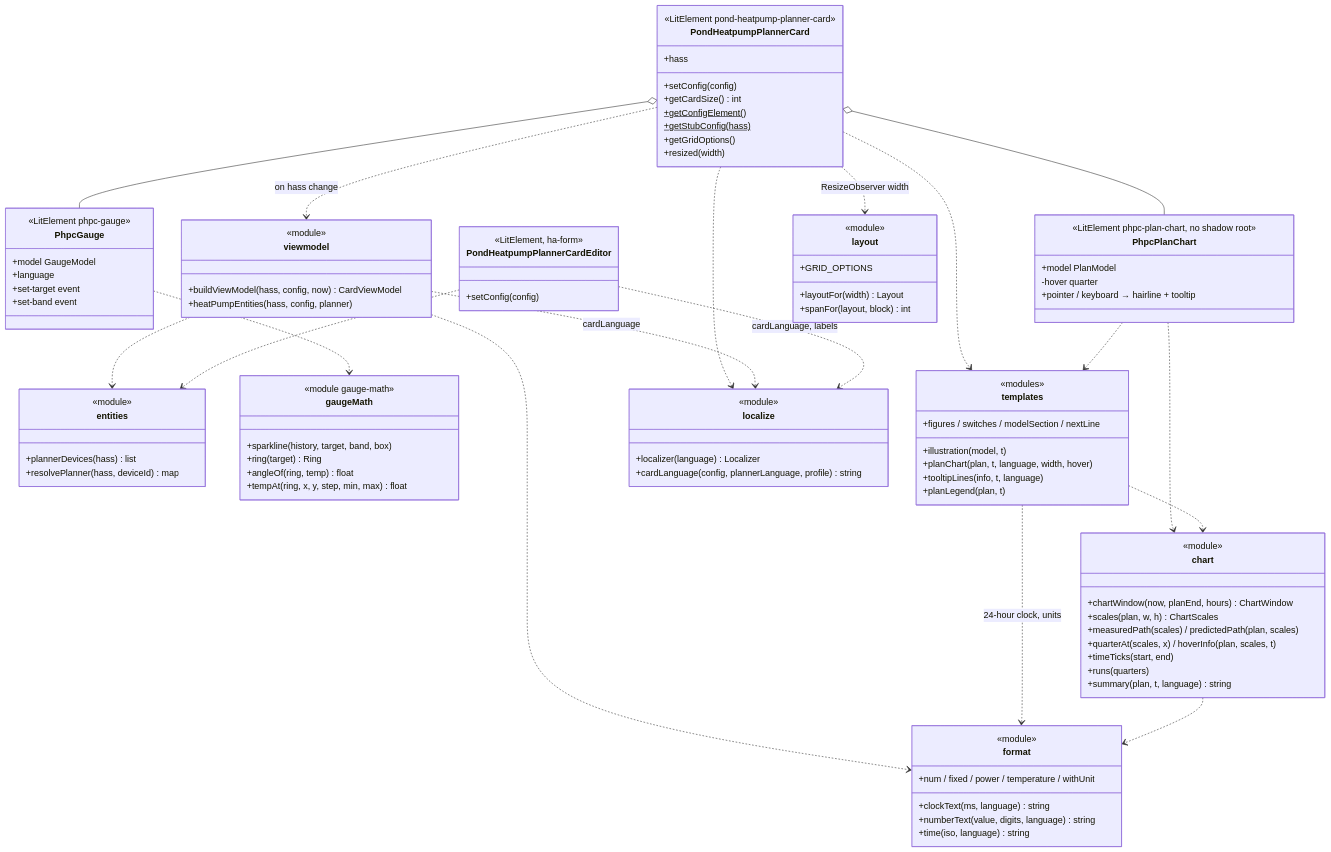
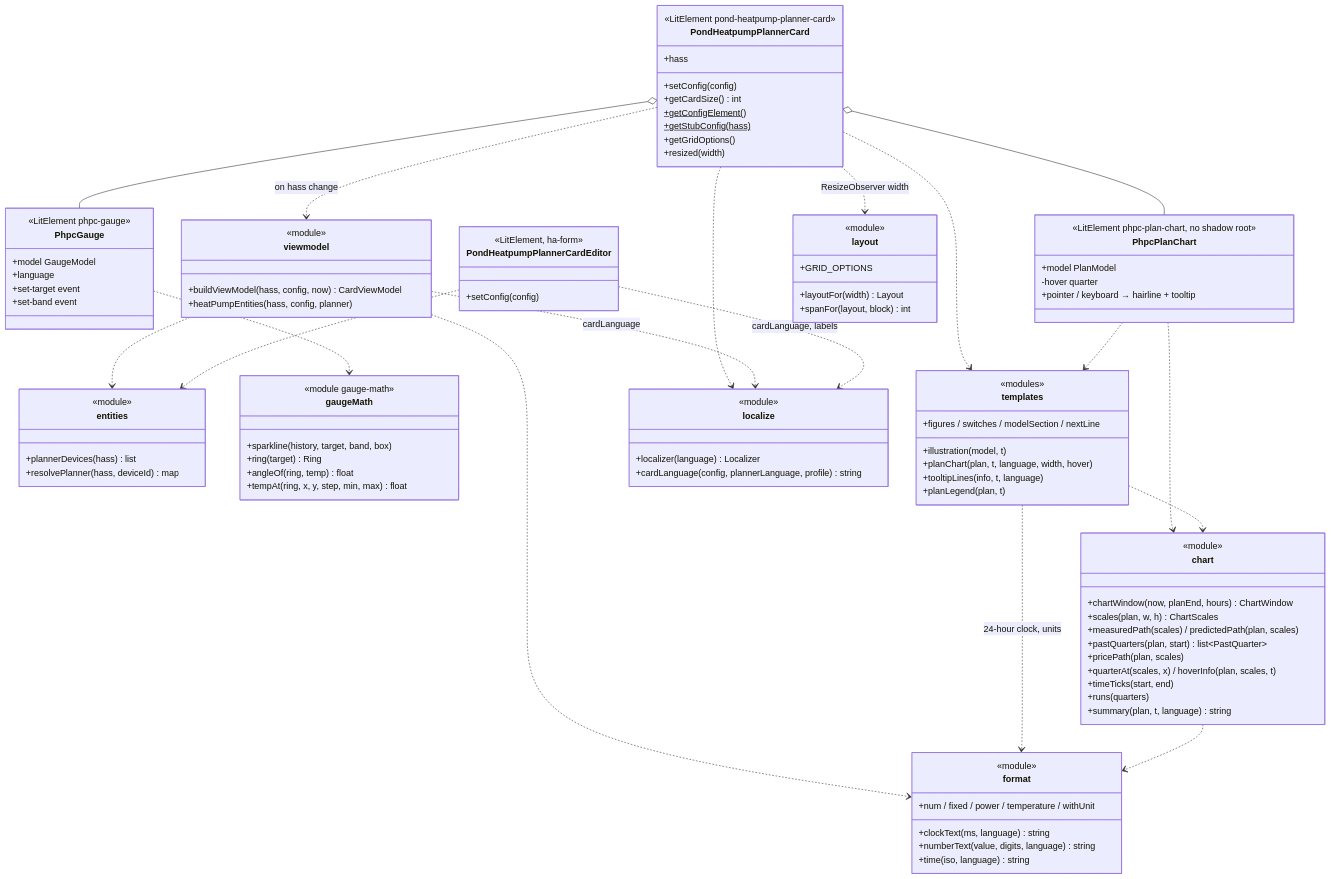
Before and after one commit to abroeders/pond-heatpump-price-planner: diagram 21 of 25 in docs/architecture.md, drawn with Mermaid. The commit also changed other lines of this file and 8 other files, not shown here.

Commit message:
docs: measured modes and prices before now in the plan chart (#34)

```diff
--- a/docs/architecture.md
+++ b/docs/architecture.md
@@ -877,6 +877,8 @@
         +chartWindow(now, planEnd, hours) ChartWindow
         +scales(plan, w, h) ChartScales
         +measuredPath(scales) / predictedPath(plan, scales)
+        +pastQuarters(plan, start) list~PastQuarter~
+        +pricePath(plan, scales)
         +quarterAt(scales, x) / hoverInfo(plan, scales, t)
         +timeTicks(start, end)
         +runs(quarters)
```
